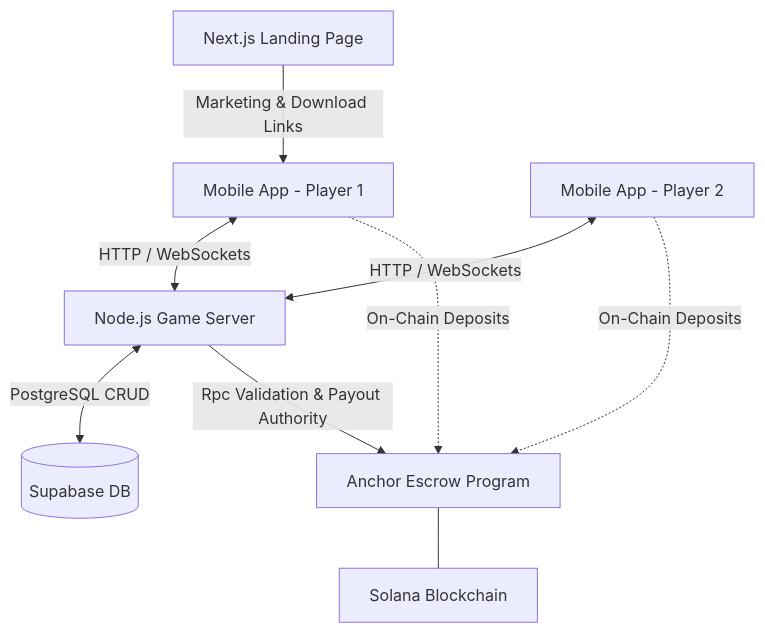
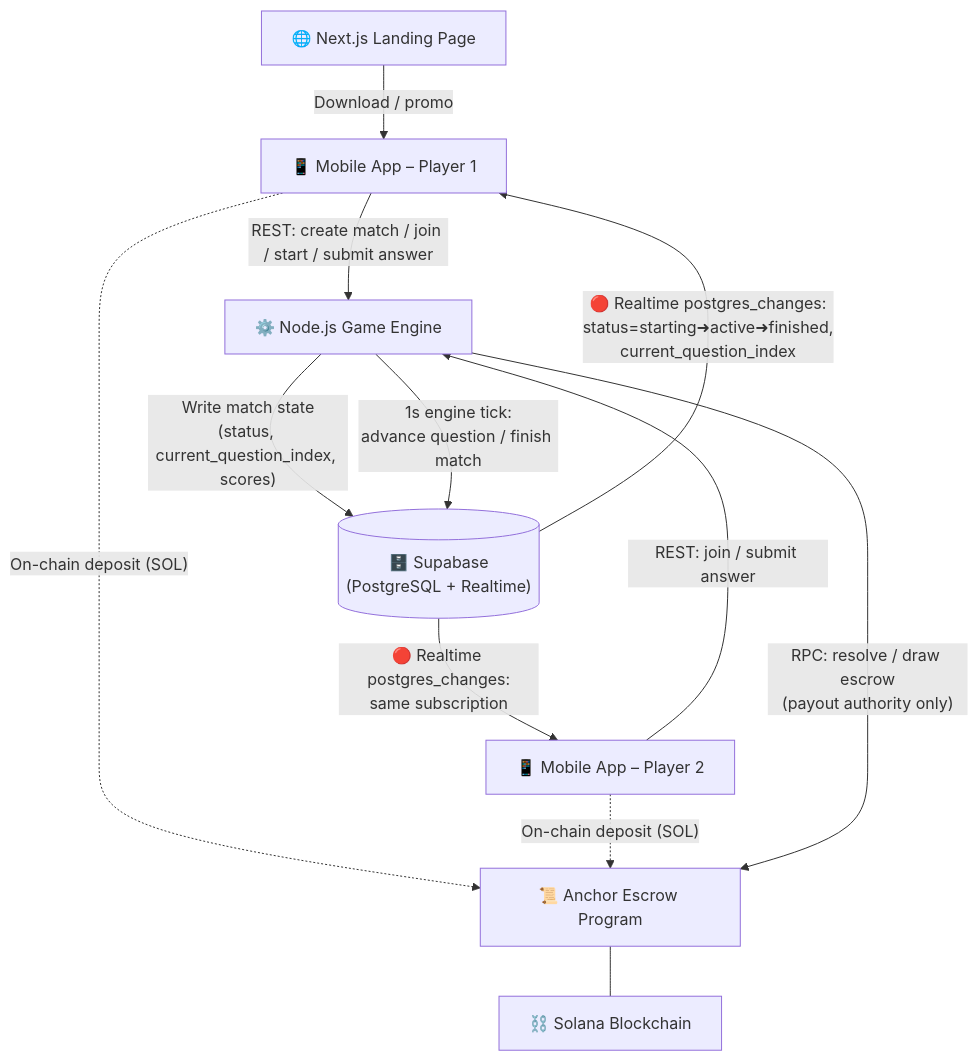
Before and after one commit to abheeee03/tryhard: the diagram in README.md, drawn with Mermaid. The commit also changed other lines of this file, not shown here.

Commit message:
(fix) Architecture

````diff
--- a/README.md
+++ b/README.md
@@ -26,27 +26,34 @@
 ```mermaid
 graph TD
     %% Entities
-    ClientA[Mobile App - Player 1]
-    ClientB[Mobile App - Player 2]
-    Web[Next.js Landing Page]
-    
-    Server[Node.js Game Server]
-    Supabase[(Supabase DB)]
-    
-    Blockchain[Solana Blockchain]
-    Program[Anchor Escrow Program]
+    ClientA["📱 Mobile App – Player 1"]
+    ClientB["📱 Mobile App – Player 2"]
+    Web["🌐 Next.js Landing Page"]
+    Server["⚙️ Node.js Game Engine"]
+    Supabase[("🗄️ Supabase\n(PostgreSQL + Realtime)")]
+    Program["📜 Anchor Escrow Program"]
+    Blockchain["⛓️ Solana Blockchain"]
 
-    %% Connections
-    ClientA <-->|HTTP / WebSockets| Server
-    ClientB <-->|HTTP / WebSockets| Server
-    
-    Server <-->|PostgreSQL CRUD| Supabase
-    
-    ClientA -.->|On-Chain Deposits| Program
-    ClientB -.->|On-Chain Deposits| Program
-    
-    Server -->|Rpc Validation & Payout Authority| Program
+    %% REST Actions — client talks to backend only for triggered actions
+    ClientA -->|"REST: create match / join / start / submit answer"| Server
+    ClientB -->|"REST: join / submit answer"| Server
+
+    %% Backend manages all match state in Supabase DB
+    Server -->|"Write match state\n(status, current_question_index, scores)"| Supabase
+
+    %% Game Engine ticks every 1s — advances question and finishes match
+    Server -->|"1s engine tick:\nadvance question / finish match"| Supabase
+
+    %% Clients subscribe directly to Supabase Realtime — no backend WS needed
+    Supabase -->|"🔴 Realtime postgres_changes:\nstatus=starting➜active➜finished,\ncurrent_question_index"| ClientA
+    Supabase -->|"🔴 Realtime postgres_changes:\nsame subscription"| ClientB
+
+    %% On-chain escrow
+    ClientA -.->|"On-chain deposit (SOL)"| Program
+    ClientB -.->|"On-chain deposit (SOL)"| Program
+    Server -->|"RPC: resolve / draw escrow\n(payout authority only)"| Program
     Program --- Blockchain
-    
-    Web -->|Marketing & Download Links| ClientA
+
+    %% Website
+    Web -->|Download / promo| ClientA
 ```
````
